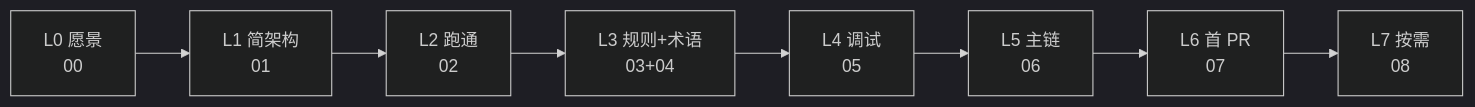
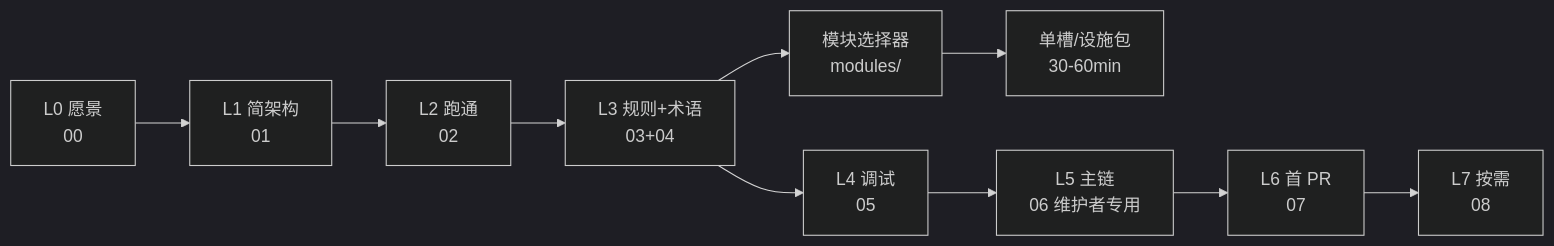
The diagram in human-docs/README.md (linkaiheng2233-cyber/oclivenewnew), drawn with Mermaid (dark theme) before and after one commit. The commit also changed other lines of this file and 4 other files, not shown here.

````diff
--- a/human-docs/README.md
+++ b/human-docs/README.md
@@ -66,10 +68,12 @@
 ```mermaid
 flowchart LR
   L0["L0 愿景\n00"] --> L1["L1 简架构\n01"]
   L1 --> L2["L2 跑通\n02"]
   L2 --> L3["L3 规则+术语\n03+04"]
   L3 --> L4["L4 调试\n05"]
-  L4 --> L5["L5 主链\n06"]
+  L3 --> MP["模块选择器\nmodules/"]
+  MP --> SLOT["单槽/设施包\n30-60min"]
+  L4 --> L5["L5 主链\n06 维护者专用"]
   L5 --> L6["L6 首 PR\n07"]
   L6 --> L7["L7 按需\n08"]
 ```
````
